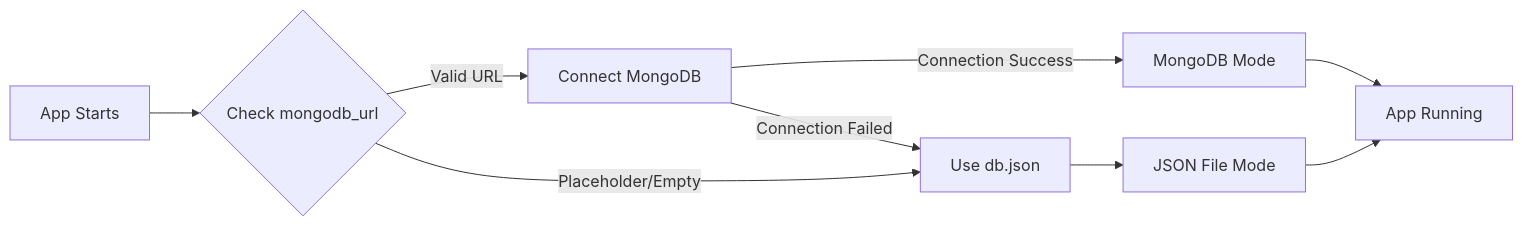
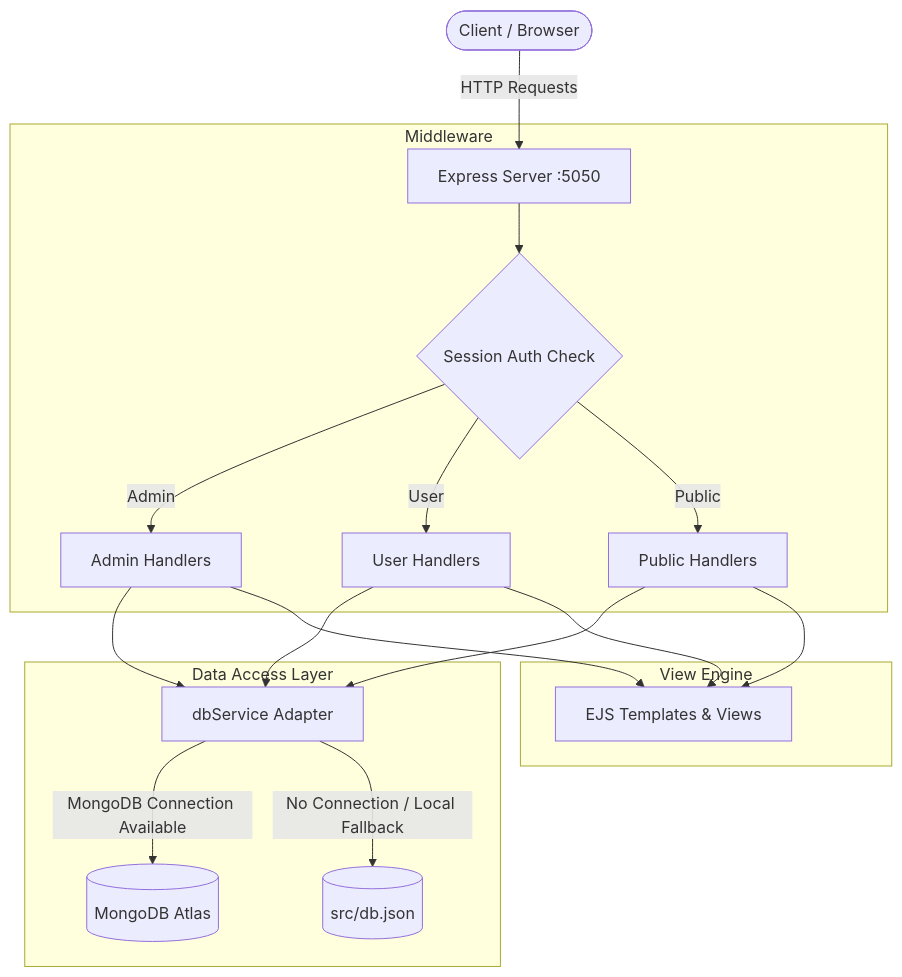
The diagram in README.md (RimiD162/StayAndaman), drawn with Mermaid before and after one commit. The commit also changed other lines of this file, not shown here.

````diff
--- a/README.md
+++ b/README.md
@@ -471,11 +71,26 @@
 ```mermaid
-graph LR
-    A[App Starts] --> B{Check mongodb_url}
-    B -->|Valid URL| C[Connect MongoDB]
-    B -->|Placeholder/Empty| D[Use db.json]
-    C -->|Connection Success| E[MongoDB Mode]
-    C -->|Connection Failed| D
-    D --> F[JSON File Mode]
-    E --> G[App Running]
-    F --> G
+graph TD
+    User([Client / Browser]) -->|HTTP Requests| Server[Express Server :5050]
+    
+    subgraph Middleware
+        Server --> AuthGuard{Session Auth Check}
+        AuthGuard -->|Admin| AdminRoutes[Admin Handlers]
+        AuthGuard -->|User| UserRoutes[User Handlers]
+        AuthGuard -->|Public| PublicRoutes[Public Handlers]
+    end
+
+    subgraph Data Access Layer
+        AdminRoutes --> DBService[dbService Adapter]
+        UserRoutes --> DBService
+        PublicRoutes --> DBService
+        
+        DBService -->|MongoDB Connection Available| Mongo[(MongoDB Atlas)]
+        DBService -->|No Connection / Local Fallback| JSON[(src/db.json)]
+    end
+
+    subgraph View Engine
+        UserRoutes --> EJS[EJS Templates & Views]
+        AdminRoutes --> EJS
+        PublicRoutes --> EJS
+    end
 ```
````
